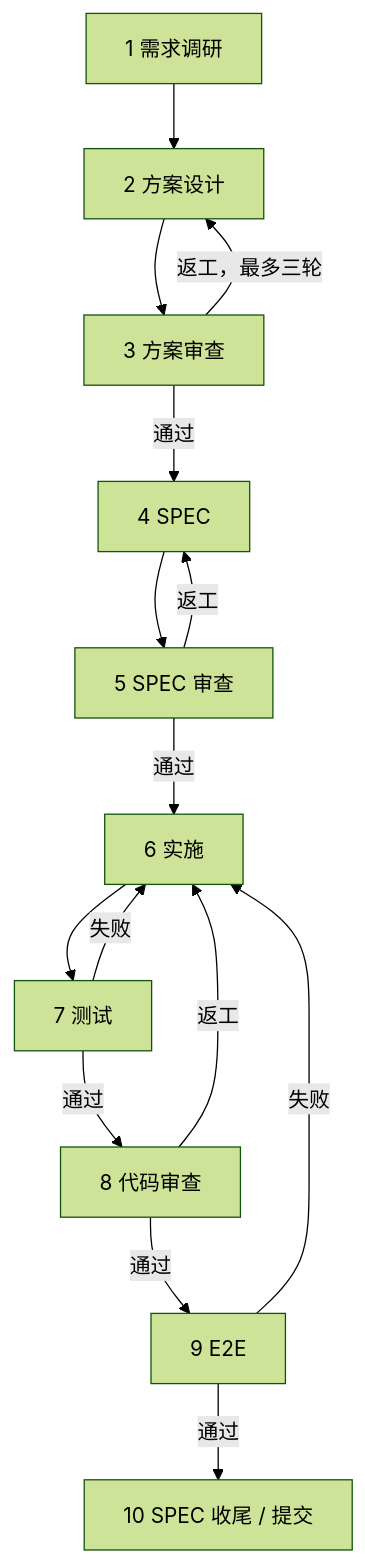
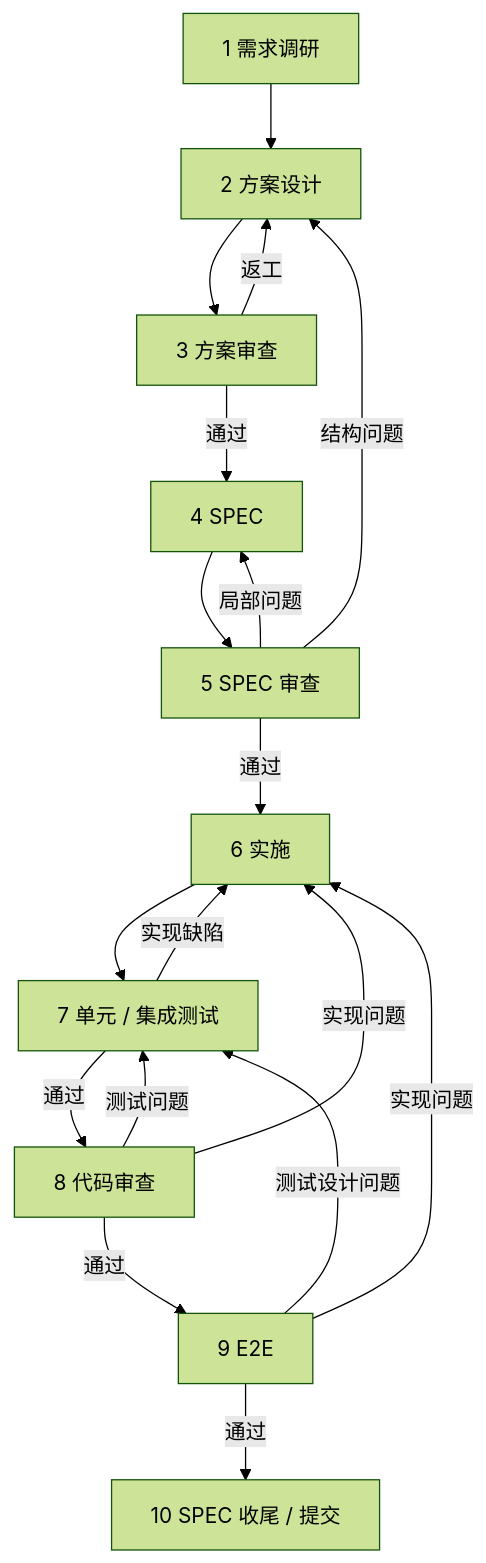
Before and after one commit to liyangink/team-work-runtime: the second of 3 diagrams in README.md, drawn with Mermaid (forest theme). The commit also changed other lines of this file and 22 other files, not shown here.

````diff
--- a/README.md
+++ b/README.md
@@ -86,17 +136,20 @@
 ```mermaid
 flowchart TB
-  Research["1 需求调研"] --> Design["2 方案设计"]
-  Design --> DesignReview["3 方案审查"]
-  DesignReview -- "返工，最多三轮" --> Design
-  DesignReview -- "通过" --> Spec["4 SPEC"]
-  Spec --> SpecReview["5 SPEC 审查"]
-  SpecReview -- "返工" --> Spec
-  SpecReview -- "通过" --> Implementation["6 实施"]
-  Implementation --> Test["7 测试"]
-  Test -- "失败" --> Implementation
-  Test -- "通过" --> CodeReview["8 代码审查"]
-  CodeReview -- "返工" --> Implementation
-  CodeReview -- "通过" --> E2E["9 E2E"]
-  E2E -- "失败" --> Implementation
-  E2E -- "通过" --> Finish["10 SPEC 收尾 / 提交"]
+  R["1 需求调研"] --> D["2 方案设计"]
+  D --> DR["3 方案审查"]
+  DR -- "返工" --> D
+  DR -- "通过" --> S["4 SPEC"]
+  S --> SR["5 SPEC 审查"]
+  SR -- "局部问题" --> S
+  SR -- "结构问题" --> D
+  SR -- "通过" --> I["6 实施"]
+  I --> T["7 单元 / 集成测试"]
+  T -- "实现缺陷" --> I
+  T -- "通过" --> CR["8 代码审查"]
+  CR -- "实现问题" --> I
+  CR -- "测试问题" --> T
+  CR -- "通过" --> E["9 E2E"]
+  E -- "实现问题" --> I
+  E -- "测试设计问题" --> T
+  E -- "通过" --> F["10 SPEC 收尾 / 提交"]
 ```
````
